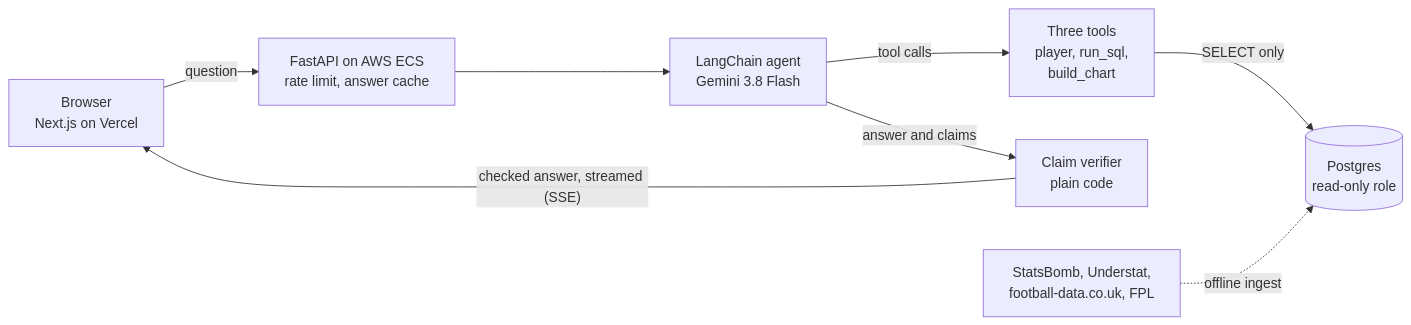
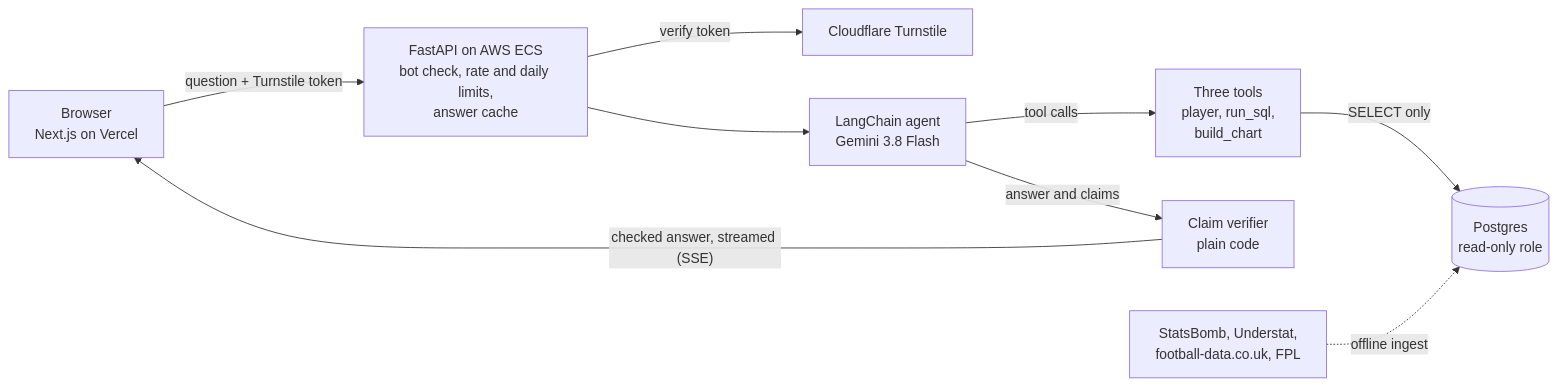
One commit to arkaslittlemind/Highbury changed the diagram in README.md. Above: the diagram before and after it, drawn with Mermaid. The commit also changed other lines of this file and 1 other file, not shown here.

````diff
--- a/README.md
+++ b/README.md
@@ -89,10 +91,11 @@
 ```mermaid
 flowchart LR
-    B["Browser<br/>Next.js on Vercel"] -- question --> API["FastAPI on AWS ECS<br/>rate limit, answer cache"]
+    B["Browser<br/>Next.js on Vercel"] -- "question + Turnstile token" --> API["FastAPI on AWS ECS<br/>bot check, rate and daily limits,<br/>answer cache"]
+    API -- verify token --> CF["Cloudflare Turnstile"]
     API --> A["LangChain agent<br/>Gemini 3.8 Flash"]
     A -- tool calls --> T["Three tools<br/>player, run_sql,<br/>build_chart"]
     T -- "SELECT only" --> DB[("Postgres<br/>read-only role")]
     A -- answer and claims --> V["Claim verifier<br/>plain code"]
     V -- "checked answer, streamed (SSE)" --> B
     S["StatsBomb, Understat,<br/>football-data.co.uk, FPL"] -. offline ingest .-> DB
 ```
````
